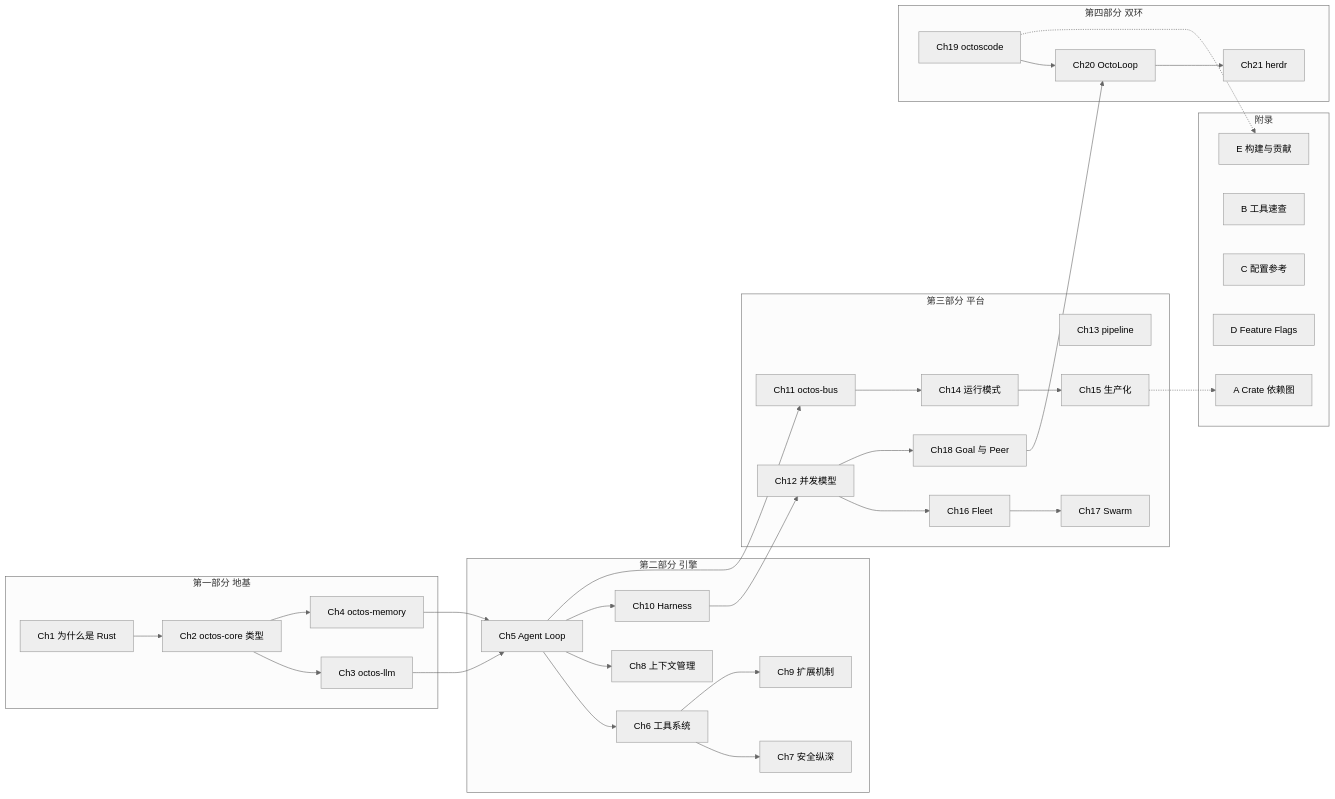
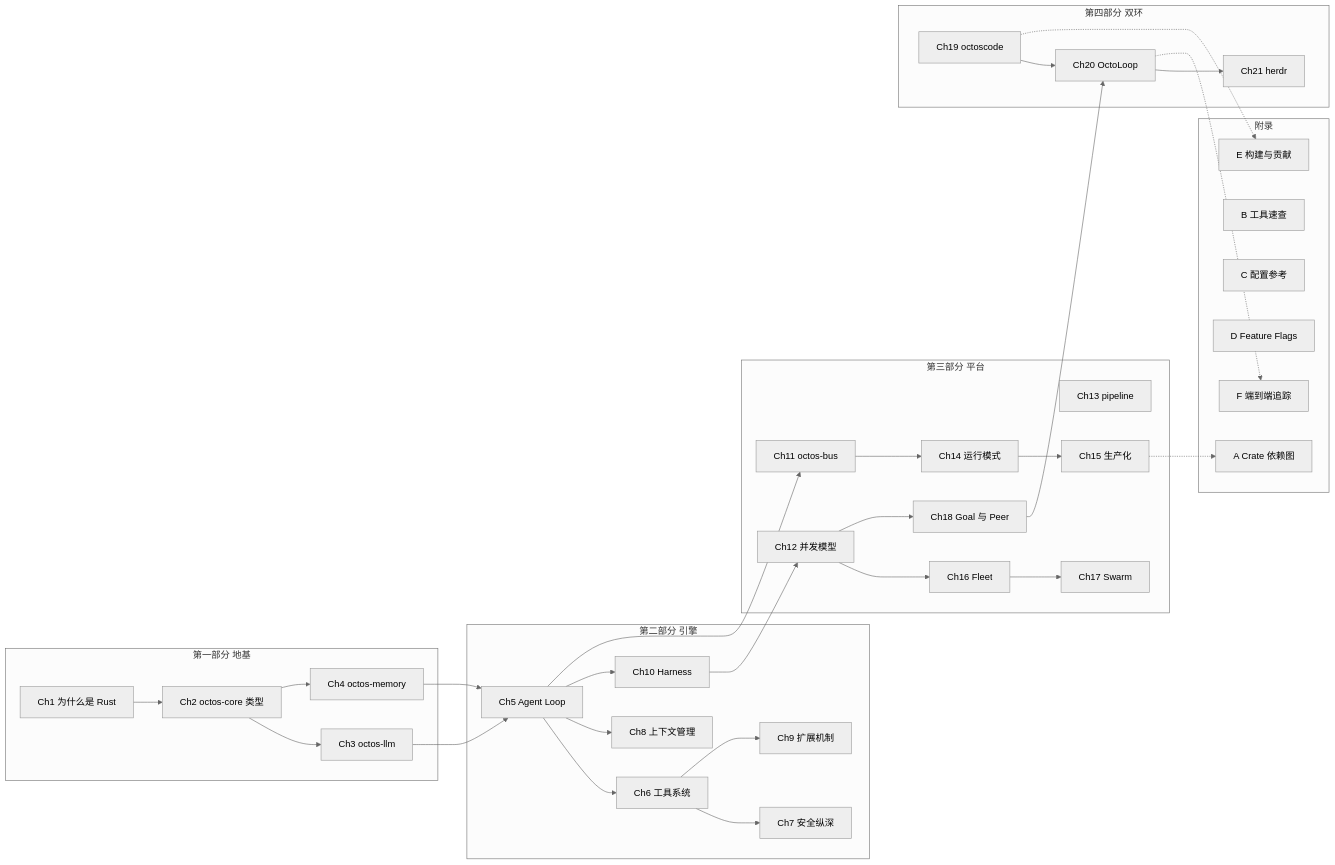
Before and after one commit to octos-org/octos-book: the diagram in chapters/preface.md, drawn with Mermaid (neutral theme). The commit also changed other lines of this file and 39 other files, not shown here.

````diff
--- a/chapters/preface.md
+++ b/chapters/preface.md
@@ -42,56 +42,58 @@
 ```mermaid
 graph LR
     subgraph P1["第一部分 地基"]
         C1["Ch1 为什么是 Rust"]
         C2["Ch2 octos-core 类型"]
         C3["Ch3 octos-llm"]
         C4["Ch4 octos-memory"]
         C1 --> C2
         C2 --> C3
         C2 --> C4
     end
     subgraph P2["第二部分 引擎"]
         C5["Ch5 Agent Loop"]
         C6["Ch6 工具系统"]
         C7["Ch7 安全纵深"]
         C8["Ch8 上下文管理"]
         C9["Ch9 扩展机制"]
         C10["Ch10 Harness"]
         C5 --> C6 --> C7
         C5 --> C8
         C6 --> C9
         C5 --> C10
     end
     subgraph P3["第三部分 平台"]
         C11["Ch11 octos-bus"]
         C12["Ch12 并发模型"]
         C13["Ch13 pipeline"]
         C14["Ch14 运行模式"]
         C15["Ch15 生产化"]
         C16["Ch16 Fleet"]
         C17["Ch17 Swarm"]
         C18["Ch18 Goal 与 Peer"]
         C5 --> C11 --> C14 --> C15
         C10 --> C12
         C12 --> C16 --> C17
         C12 --> C18
     end
     subgraph P4["第四部分 双环"]
         C19["Ch19 octoscode"]
         C20["Ch20 OctoLoop"]
         C21["Ch21 herdr"]
         C18 --> C20
         C19 --> C20 --> C21
     end
     subgraph APX["附录"]
         A1["A Crate 依赖图"]
         A2["B 工具速查"]
         A3["C 配置参考"]
         A4["D Feature Flags"]
         A5["E 构建与贡献"]
+        A6["F 端到端追踪"]
     end
     C3 --> C5
     C4 --> C5
     C15 -.-> A1
     C19 -.-> A5
+    C20 -.-> A6
 ```
````
